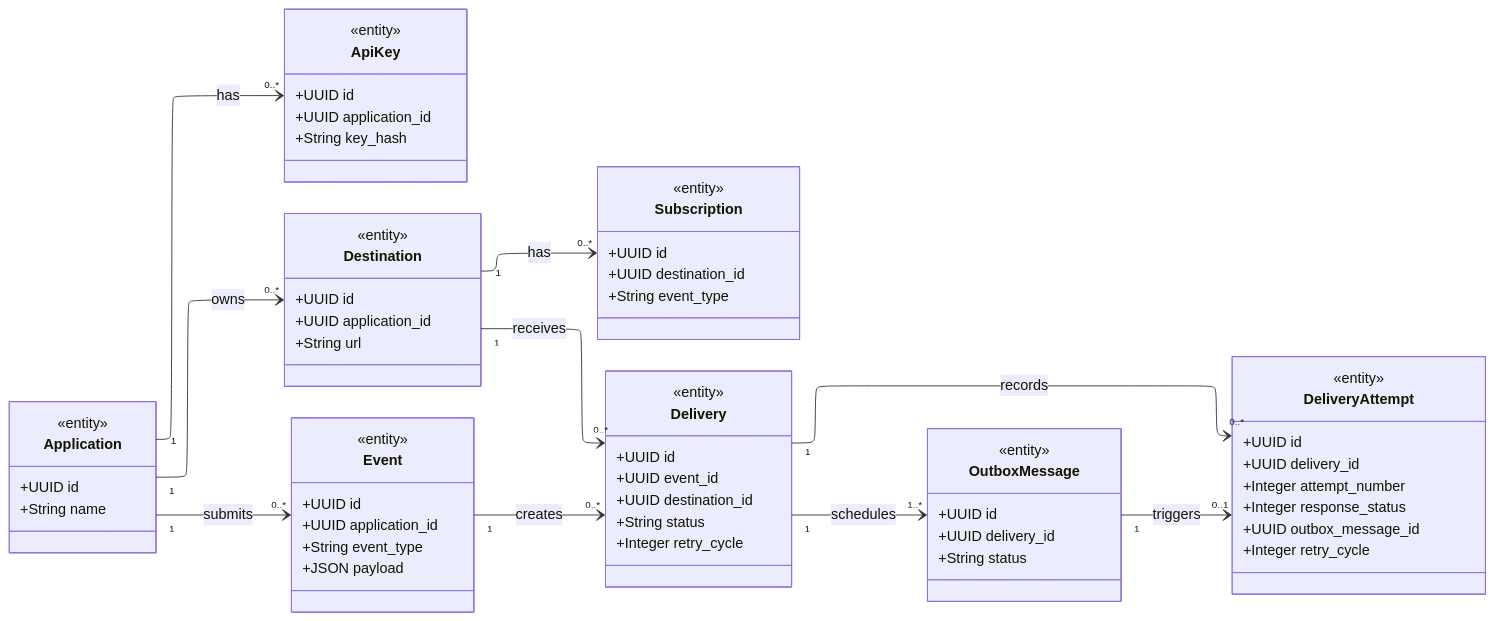
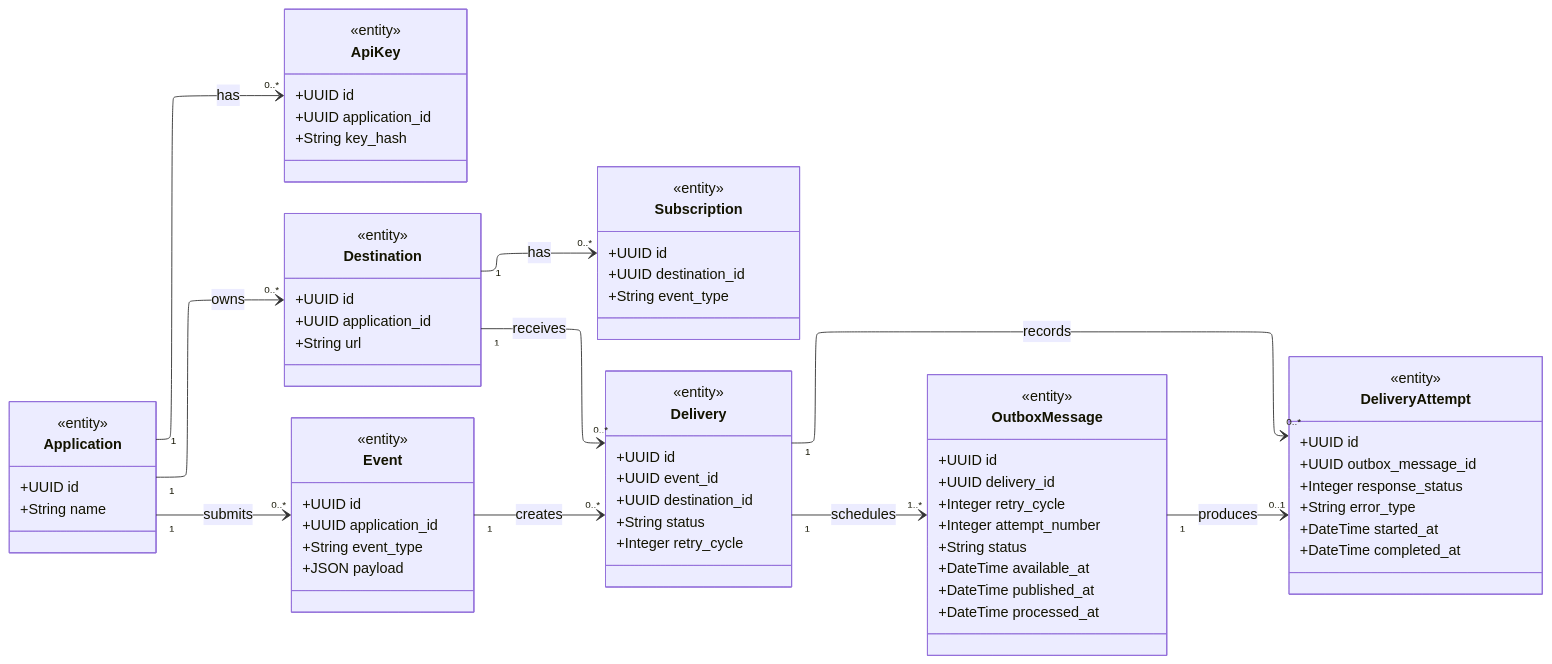
Before and after one commit to TheoSoft-0/webhook-delivery-platform: the diagram in docs/architecture/database-relationships.md, drawn with Mermaid. The commit also changed other lines of this file and 6 other files, not shown here.

````diff
--- a/docs/architecture/database-relationships.md
+++ b/docs/architecture/database-relationships.md
@@ -69,22 +69,29 @@
         +Integer retry_cycle
     }
 
+
     class DeliveryAttempt {
         <<entity>>
         +UUID id
-        +UUID delivery_id
-        +Integer attempt_number
+        +UUID outbox_message_id
         +Integer response_status
-        +UUID outbox_message_id
-        +Integer retry_cycle
+        +String error_type
+        +DateTime started_at
+        +DateTime completed_at
     }
 
     class OutboxMessage {
         <<entity>>
         +UUID id
         +UUID delivery_id
+        +Integer retry_cycle
+        +Integer attempt_number
         +String status
+        +DateTime available_at
+        +DateTime published_at
+        +DateTime processed_at
     }
+
 
     Application "1" --> "0..*" ApiKey : has
     Application "1" --> "0..*" Destination : owns
@@ -94,7 +101,7 @@
 
     Event "1" --> "0..*" Delivery : creates
     Destination "1" --> "0..*" Delivery : receives
-    OutboxMessage "1" --> "0..1" DeliveryAttempt : triggers
-    Delivery "1" --> "1..*" OutboxMessage : schedules
+Delivery "1" --> "1..*" OutboxMessage : schedules
+OutboxMessage "1" --> "0..1" DeliveryAttempt : produces
     Delivery "1" --> "0..*" DeliveryAttempt : records
 ```
````
